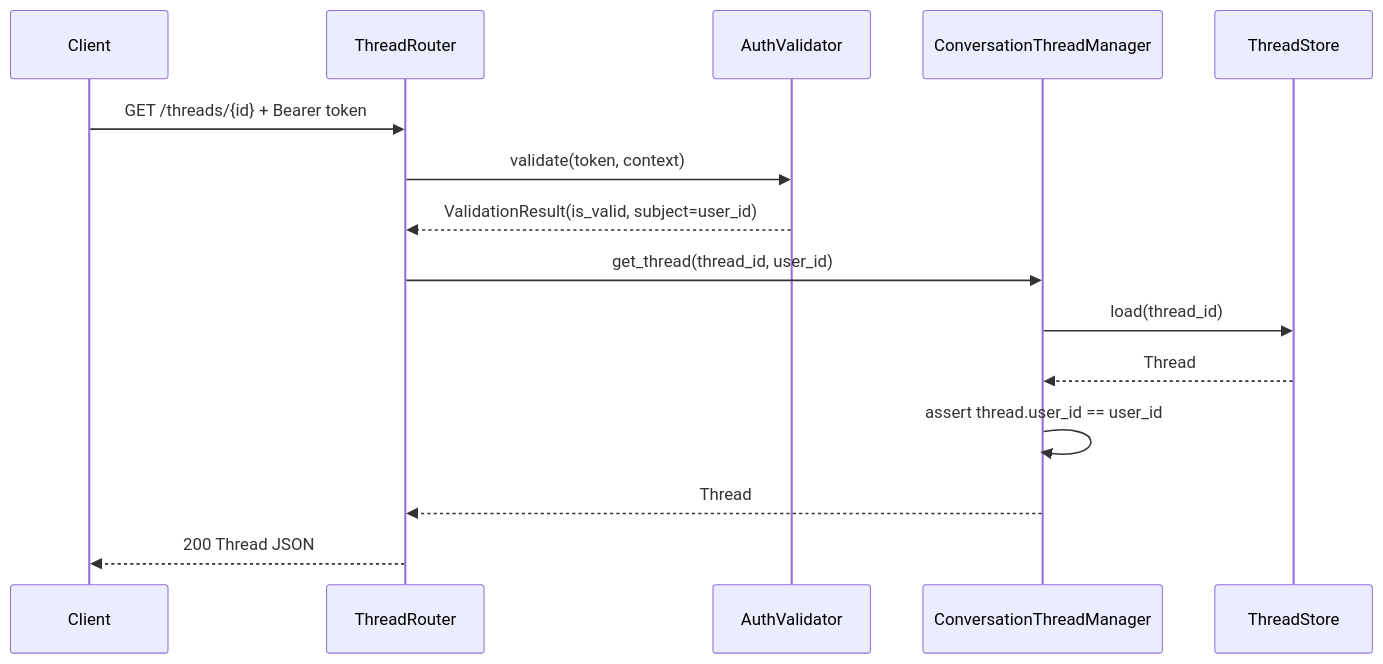
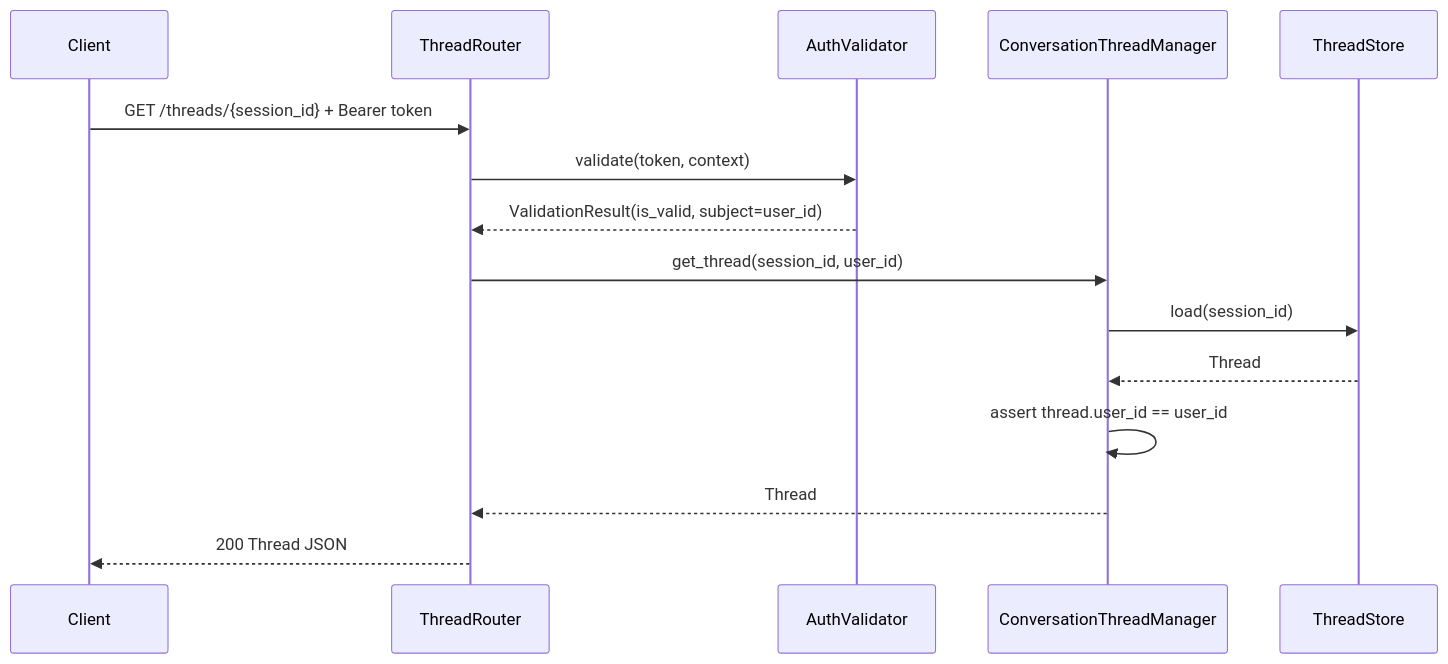
The fifth of 8 diagrams in docs/specs/conversation-thread-support.md (yaalalabs/agent-kernel), drawn with Mermaid before and after one commit. The commit also changed other lines of this file, not shown here.

Commit message:
fix: removed separate thread_id maintenance

````diff
--- a/docs/specs/conversation-thread-support.md
+++ b/docs/specs/conversation-thread-support.md
@@ -416,18 +410,18 @@
 ```mermaid
 sequenceDiagram
     participant Client
     participant ThreadRouter
     participant AuthValidator
     participant ConversationThreadManager
     participant ThreadStore
 
-    Client->>ThreadRouter: GET /threads/{id} + Bearer token
+    Client->>ThreadRouter: GET /threads/{session_id} + Bearer token
     ThreadRouter->>AuthValidator: validate(token, context)
     AuthValidator-->>ThreadRouter: ValidationResult(is_valid, subject=user_id)
-    ThreadRouter->>ConversationThreadManager: get_thread(thread_id, user_id)
-    ConversationThreadManager->>ThreadStore: load(thread_id)
+    ThreadRouter->>ConversationThreadManager: get_thread(session_id, user_id)
+    ConversationThreadManager->>ThreadStore: load(session_id)
     ThreadStore-->>ConversationThreadManager: Thread
     ConversationThreadManager->>ConversationThreadManager: assert thread.user_id == user_id
     ConversationThreadManager-->>ThreadRouter: Thread
     ThreadRouter-->>Client: 200 Thread JSON
 ```
````
